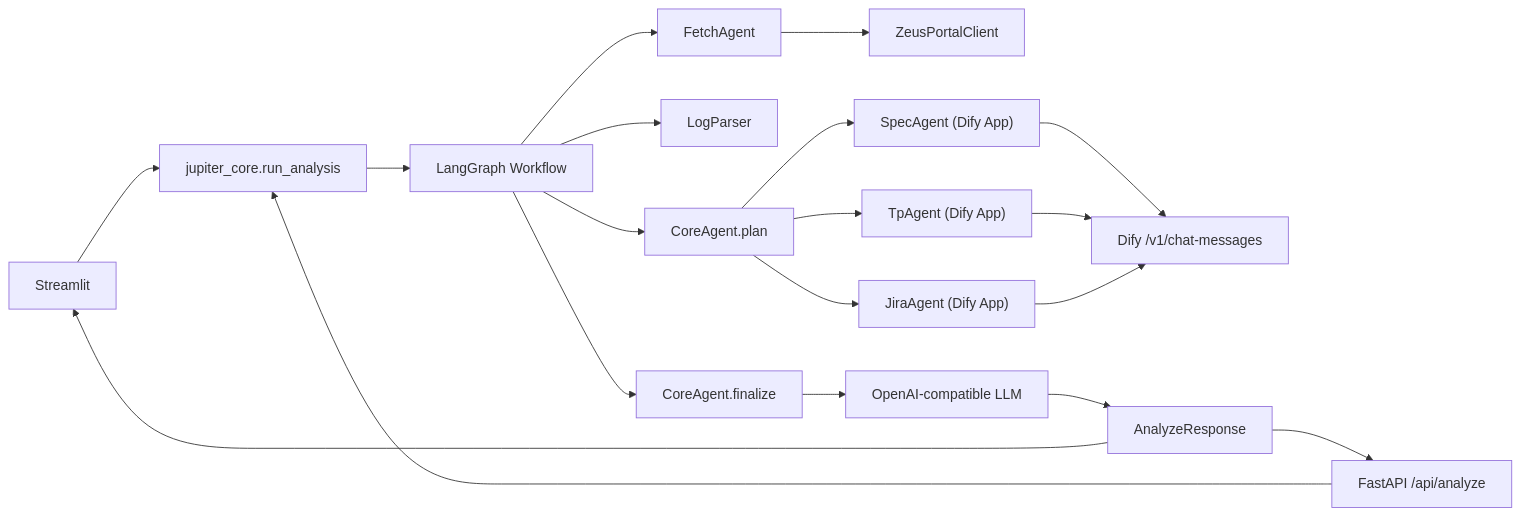
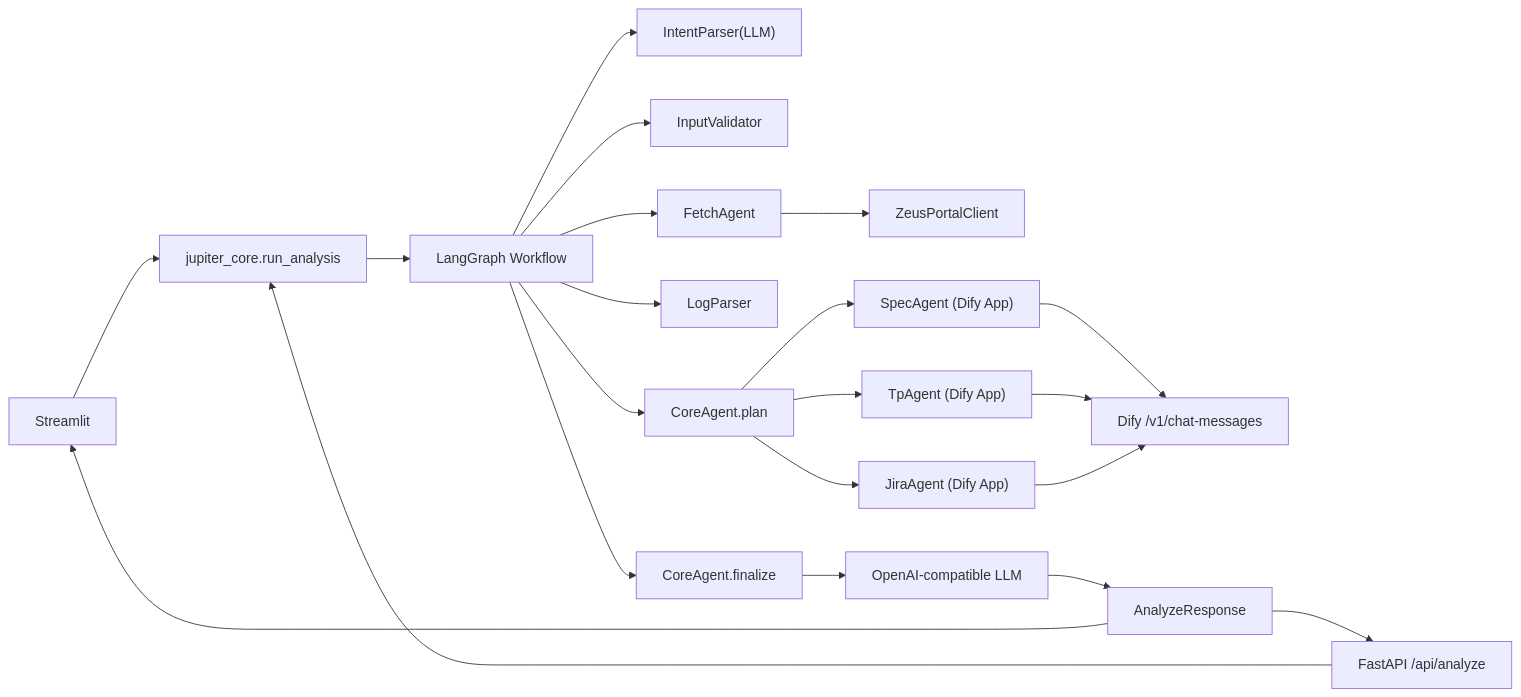
One commit to jonhncatt/jupiter changed the first of 3 diagrams in README.md. Above: the diagram before and after it, drawn with Mermaid. The commit also changed other lines of this file and 10 other files, not shown here.

Commit message:
feat: add intent parsing and input validation nodes

````diff
--- a/README.md
+++ b/README.md
@@ -18,25 +18,27 @@
 ```mermaid
 flowchart LR
 UI["Streamlit"] --> CORE["jupiter_core.run_analysis"]
 API["FastAPI /api/analyze"] --> CORE
 CORE --> G["LangGraph Workflow"]
 
+G --> I["IntentParser(LLM)"]
+G --> V["InputValidator"]
 G --> F["FetchAgent"]
 F --> Z["ZeusPortalClient"]
 G --> P["LogParser"]
 
 G --> C1["CoreAgent.plan"]
 C1 --> S["SpecAgent (Dify App)"]
 C1 --> T["TpAgent (Dify App)"]
 C1 --> J["JiraAgent (Dify App)"]
 
 S --> D["Dify /v1/chat-messages"]
 T --> D
 J --> D
 
 G --> C2["CoreAgent.finalize"]
 C2 --> L["OpenAI-compatible LLM"]
 L --> R["AnalyzeResponse"]
 R --> UI
 R --> API
 ```
````
